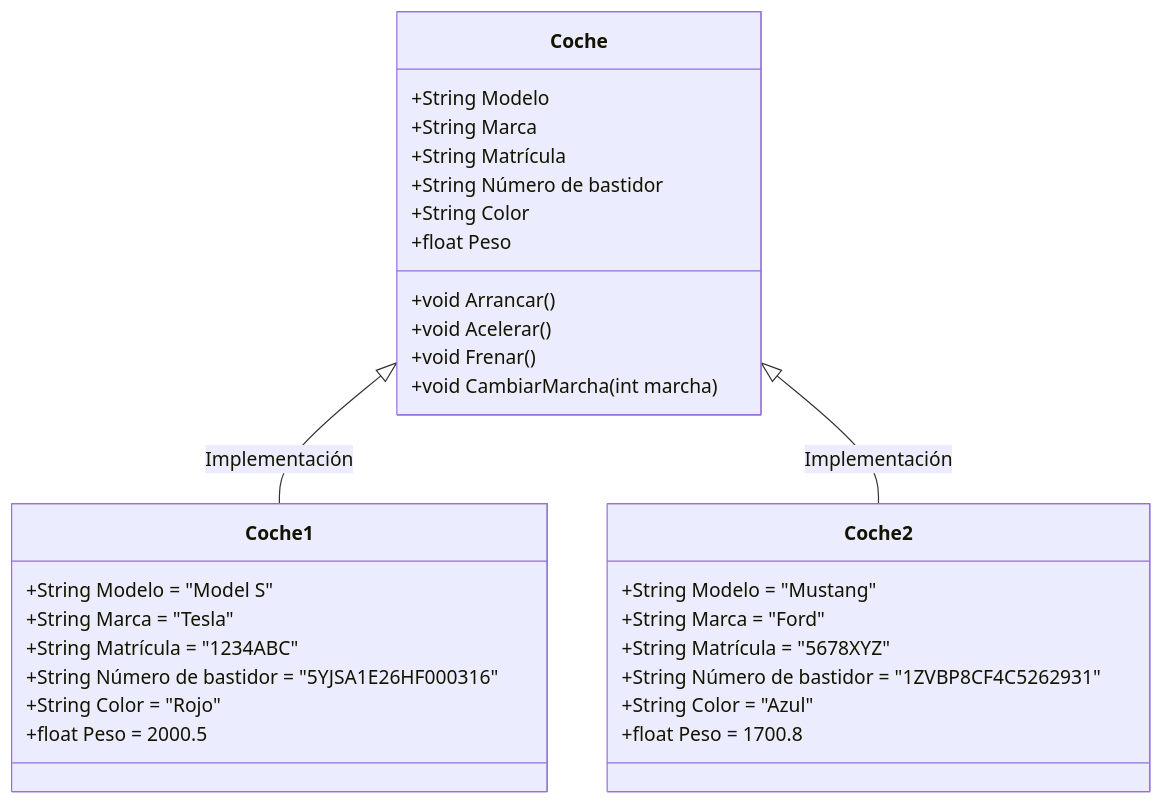
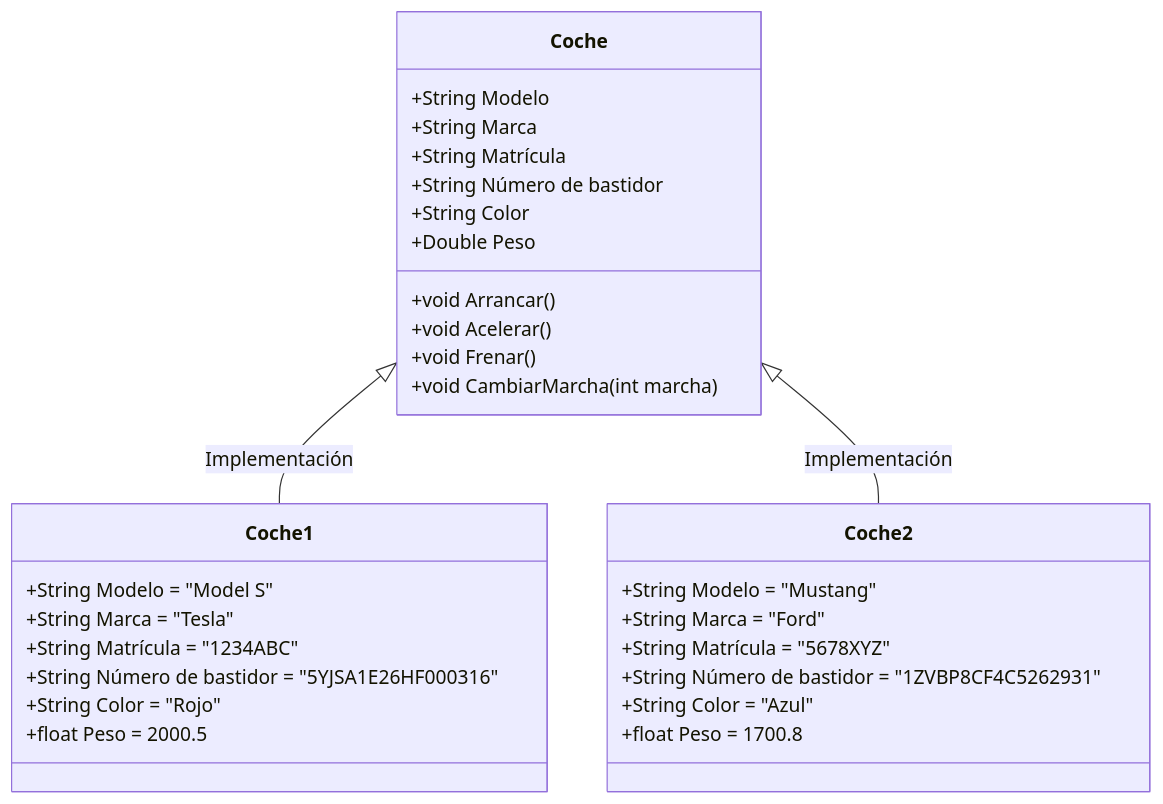
One commit to DiegoMartindeAndres/Labos-PSM changed the first of 2 diagrams in ManualRapidoKotlin/README.md. Above: the diagram before and after it, drawn with Mermaid. The commit also changed other lines of this file, not shown here.

````diff
--- a/ManualRapidoKotlin/README.md
+++ b/ManualRapidoKotlin/README.md
@@ -1750,37 +1754,37 @@
 ```mermaid
 classDiagram
     class Coche {
         +String Modelo
         +String Marca
         +String Matrícula
         +String Número de bastidor
         +String Color
-        +float Peso
+        +Double Peso
 
         +void Arrancar()
         +void Acelerar()
         +void Frenar()
         +void CambiarMarcha(int marcha)
     }
 
     Coche <|-- Coche1 : Implementación
     Coche <|-- Coche2 : Implementación
 
     class Coche1 {
         +String Modelo = "Model S"
         +String Marca = "Tesla"
         +String Matrícula = "1234ABC"
         +String Número de bastidor = "5YJSA1E26HF000316"
         +String Color = "Rojo"
         +float Peso = 2000.5
     }
 
     class Coche2 {
         +String Modelo = "Mustang"
         +String Marca = "Ford"
         +String Matrícula = "5678XYZ"
         +String Número de bastidor = "1ZVBP8CF4C5262931"
         +String Color = "Azul"
         +float Peso = 1700.8
     }
 ```
````
